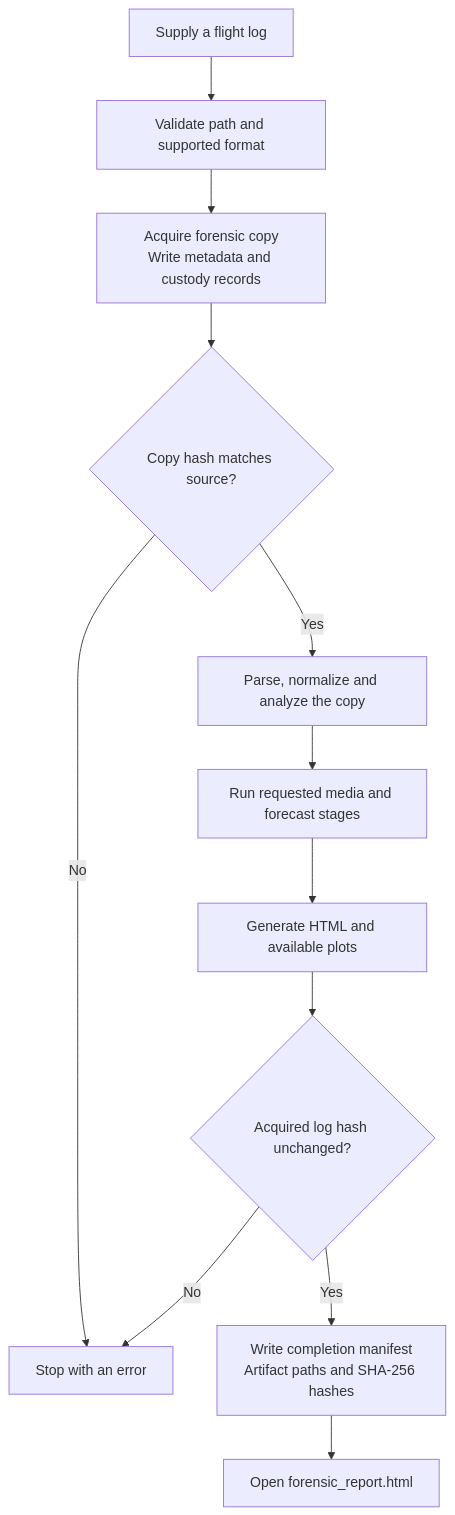
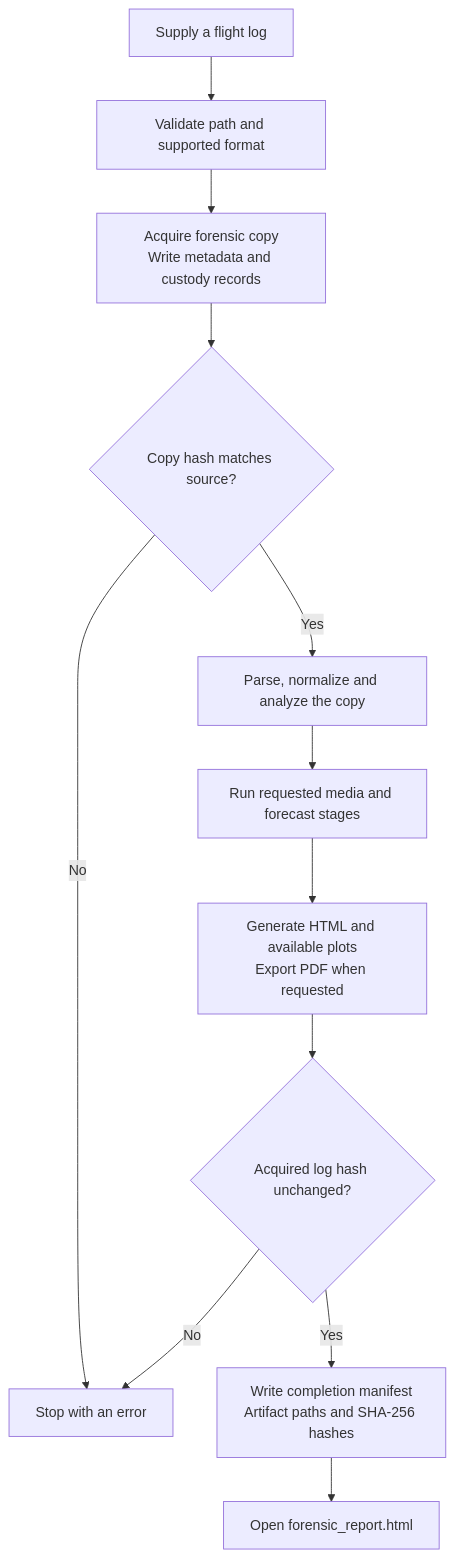
Before and after one commit to aeolusBPHC/Competition_IIT_Bombay_Techfest_Forensics: the second of 4 diagrams in README.md, drawn with Mermaid. The commit also changed other lines of this file and 8 other files, not shown here.

````diff
--- a/README.md
+++ b/README.md
@@ -82,14 +84,14 @@
 ```mermaid
 flowchart TD
     Input["Supply a flight log"] --> Validate["Validate path and supported format"]
     Validate --> Acquire["Acquire forensic copy<br/>Write metadata and custody records"]
     Acquire --> Verify{"Copy hash matches source?"}
     Verify -- "No" --> Stop["Stop with an error"]
     Verify -- "Yes" --> Analyze["Parse, normalize and analyze the copy"]
     Analyze --> Extras["Run requested media and forecast stages"]
-    Extras --> Report["Generate HTML and available plots"]
+    Extras --> Report["Generate HTML and available plots<br/>Export PDF when requested"]
     Report --> Recheck{"Acquired log hash unchanged?"}
     Recheck -- "No" --> Stop
     Recheck -- "Yes" --> Manifest["Write completion manifest<br/>Artifact paths and SHA-256 hashes"]
     Manifest --> Open["Open forensic_report.html"]
 ```
````
